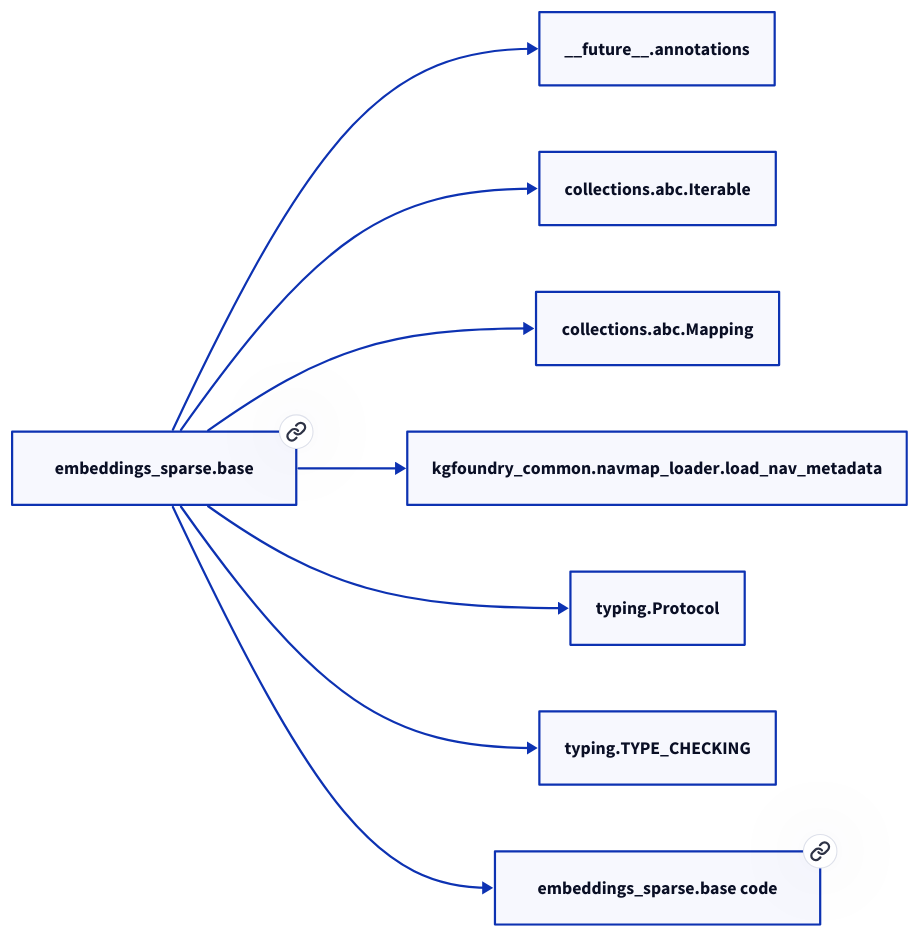
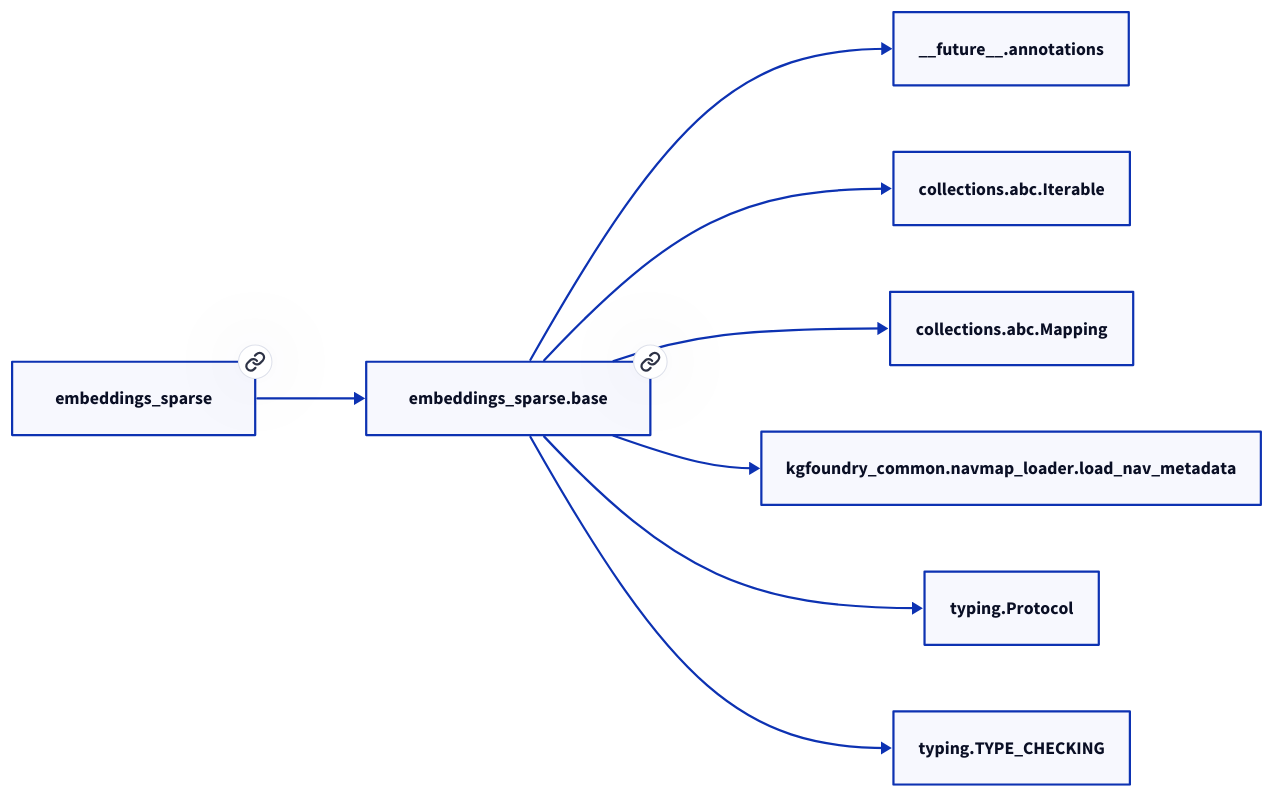
One commit to paul-heyse/kgforge changed the second of 2 diagrams in docs/modules/embeddings_sparse/base.md. Above: the diagram before and after it, drawn with D2. The commit also changed other lines of this file and 208 other files, not shown here.

````diff
--- a/docs/modules/embeddings_sparse/base.md
+++ b/docs/modules/embeddings_sparse/base.md
@@ -47,18 +51,18 @@
 ```d2
 direction: right
-"embeddings_sparse.base": "embeddings_sparse.base" { link: "./embeddings_sparse/base.md" }
+"embeddings_sparse.base": "embeddings_sparse.base" { link: "https://github.com/paul-heyse/kgfoundry/blob/main/src/embeddings_sparse/base.py" }
 "__future__.annotations": "__future__.annotations"
 "embeddings_sparse.base" -> "__future__.annotations"
 "collections.abc.Iterable": "collections.abc.Iterable"
 "embeddings_sparse.base" -> "collections.abc.Iterable"
 "collections.abc.Mapping": "collections.abc.Mapping"
 "embeddings_sparse.base" -> "collections.abc.Mapping"
 "kgfoundry_common.navmap_loader.load_nav_metadata": "kgfoundry_common.navmap_loader.load_nav_metadata"
 "embeddings_sparse.base" -> "kgfoundry_common.navmap_loader.load_nav_metadata"
 "typing.Protocol": "typing.Protocol"
 "embeddings_sparse.base" -> "typing.Protocol"
 "typing.TYPE_CHECKING": "typing.TYPE_CHECKING"
 "embeddings_sparse.base" -> "typing.TYPE_CHECKING"
-"embeddings_sparse.base_code": "embeddings_sparse.base code" { link: "https://github.com/kgfoundry/kgfoundry/blob/main/src/embeddings_sparse/base.py" }
-"embeddings_sparse.base" -> "embeddings_sparse.base_code" { style: dashed }
+"embeddings_sparse": "embeddings_sparse" { link: "https://github.com/paul-heyse/kgfoundry/blob/main/src/embeddings_sparse/__init__.py" }
+"embeddings_sparse" -> "embeddings_sparse.base" { style: dashed }
 ```
````
